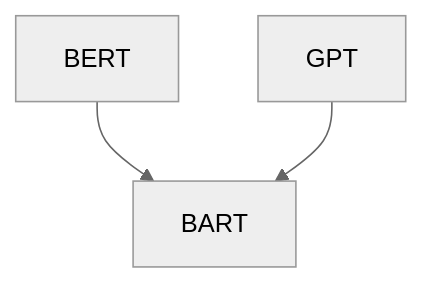
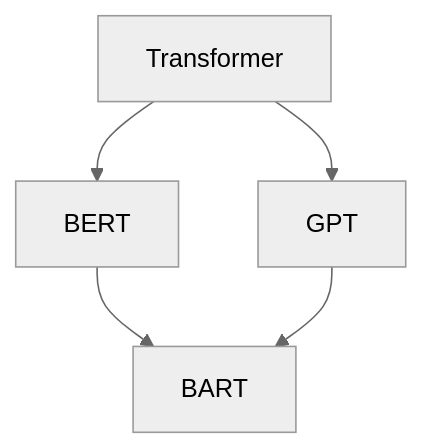
The seventh of 14 diagrams in doc/llm.md (ted-sharp/chatvox), drawn with Mermaid (neutral theme) before and after one commit. The commit also changed other lines of this file, not shown here.

````diff
--- a/doc/llm.md
+++ b/doc/llm.md
@@ -304,6 +342,6 @@
 ```mermaid
 flowchart
 
-BERT --> BART
-GPT --> BART
+Transformer --> BERT --> BART
+Transformer --> GPT --> BART
 ```
````
